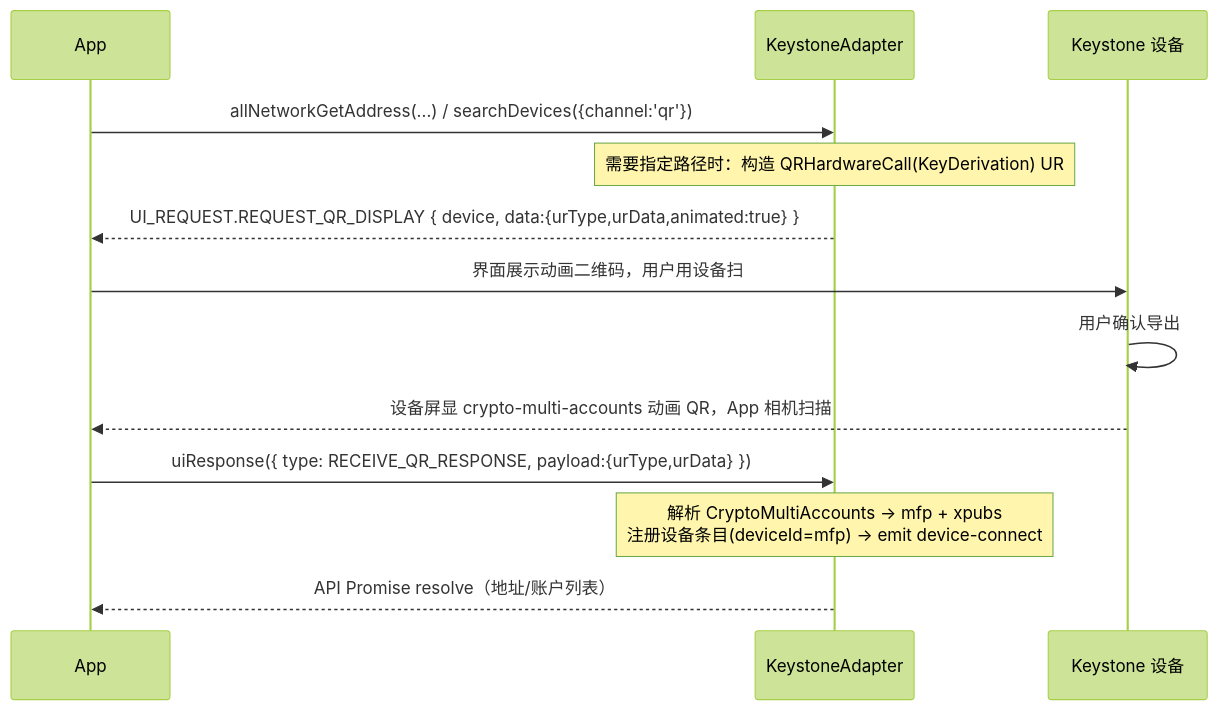
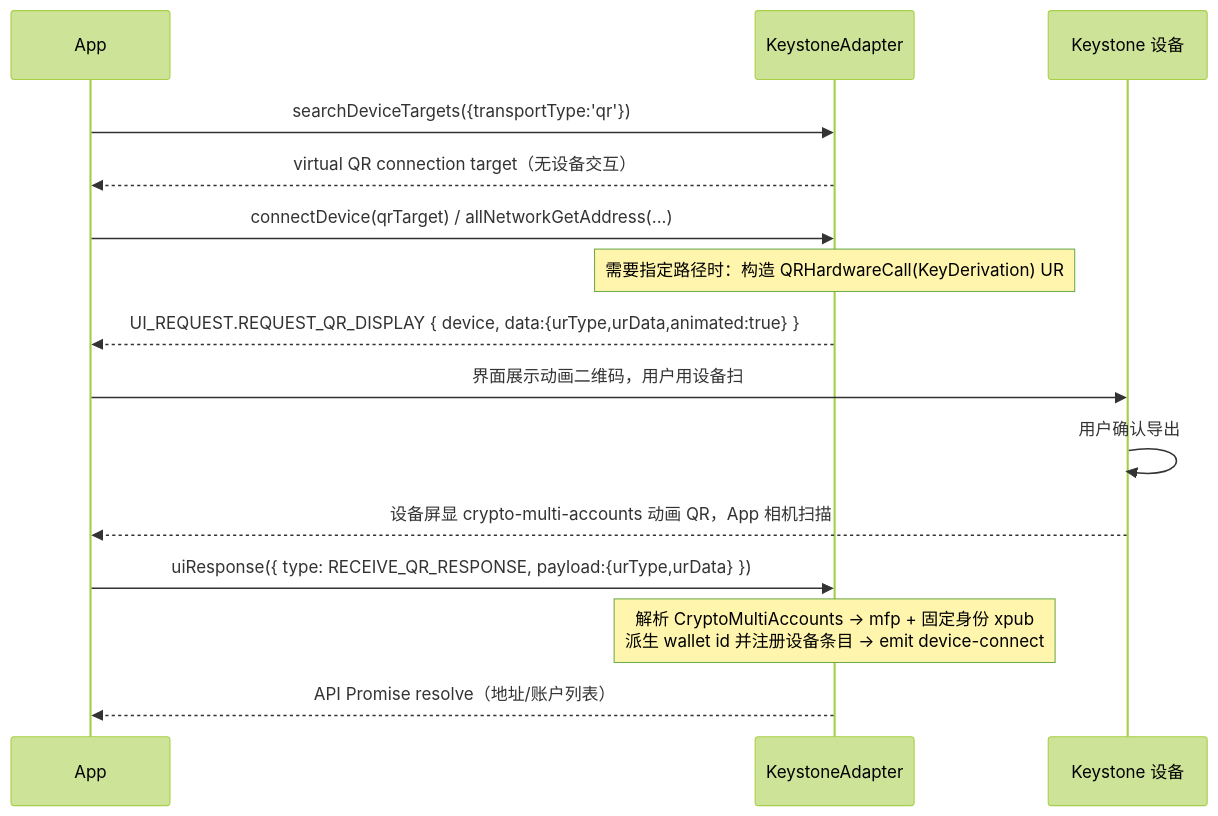
One commit to OneKeyHQ/hardware-js-sdk changed the second of 5 diagrams in docs/design/keystone-integration/README.md. Above: the diagram before and after it, drawn with Mermaid (forest theme). The commit also changed other lines of this file and 69 other files, not shown here.

````diff
--- a/docs/design/keystone-integration/README.md
+++ b/docs/design/keystone-integration/README.md
@@ -304,16 +321,18 @@
 ```mermaid
 sequenceDiagram
   participant App
   participant KA as KeystoneAdapter
   participant Dev as Keystone 设备
 
-  App->>KA: allNetworkGetAddress(...) / searchDevices({channel:'qr'})
+  App->>KA: searchDeviceTargets({transportType:'qr'})
+  KA-->>App: virtual QR connection target（无设备交互）
+  App->>KA: connectDevice(qrTarget) / allNetworkGetAddress(...)
   Note over KA: 需要指定路径时：构造 QRHardwareCall(KeyDerivation) UR
   KA-->>App: UI_REQUEST.REQUEST_QR_DISPLAY { device, data:{urType,urData,animated:true} }
   App->>Dev: 界面展示动画二维码，用户用设备扫
   Dev->>Dev: 用户确认导出
   Dev-->>App: 设备屏显 crypto-multi-accounts 动画 QR，App 相机扫描
   App->>KA: uiResponse({ type: RECEIVE_QR_RESPONSE, payload:{urType,urData} })
-  Note over KA: 解析 CryptoMultiAccounts → mfp + xpubs<br/>注册设备条目(deviceId=mfp) → emit device-connect
+  Note over KA: 解析 CryptoMultiAccounts → mfp + 固定身份 xpub<br/>派生 wallet id 并注册设备条目 → emit device-connect
   KA-->>App: API Promise resolve（地址/账户列表）
 ```
````
